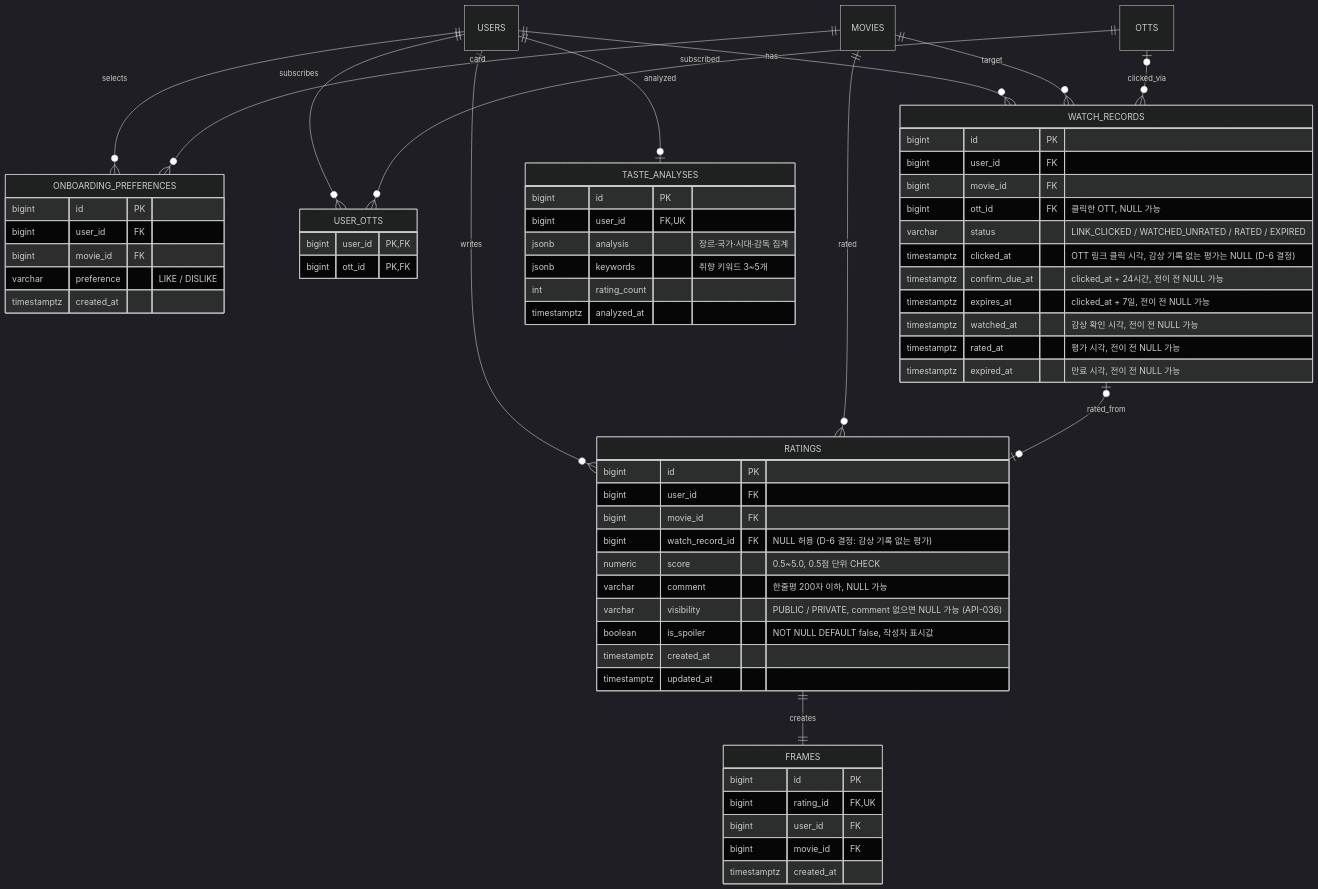
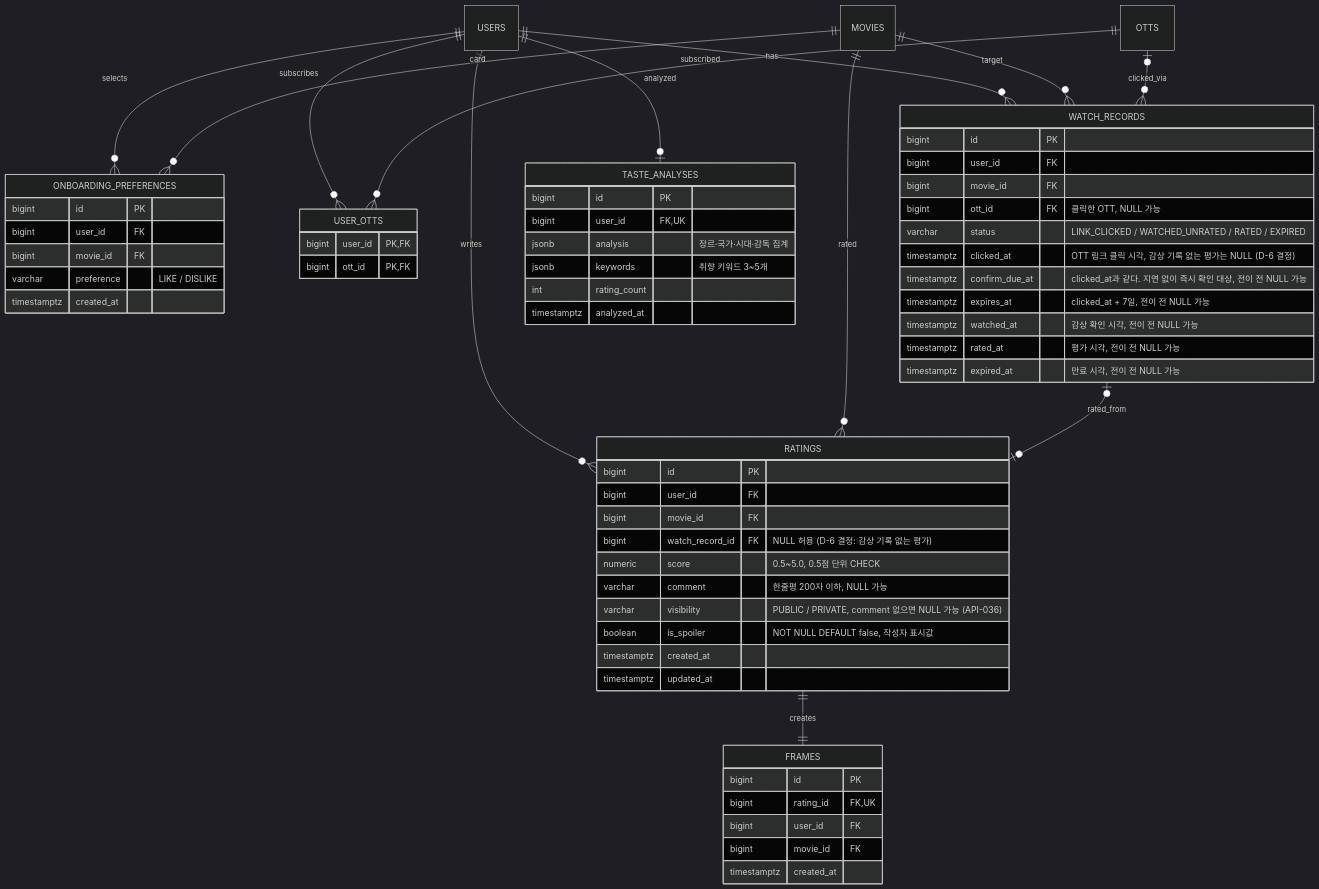
Before and after one commit to koongya-studio/feelm: the fourth of 8 diagrams in docs/erd.md, drawn with Mermaid (dark theme). The commit also changed other lines of this file and 3 other files, not shown here.

````diff
--- a/docs/erd.md
+++ b/docs/erd.md
@@ -266,67 +266,67 @@
 ```mermaid
 erDiagram
     ONBOARDING_PREFERENCES {
         bigint id PK
         bigint user_id FK
         bigint movie_id FK
         varchar preference "LIKE / DISLIKE"
         timestamptz created_at
     }
     USER_OTTS {
         bigint user_id PK, FK
         bigint ott_id PK, FK
     }
     WATCH_RECORDS {
         bigint id PK
         bigint user_id FK
         bigint movie_id FK
         bigint ott_id FK "클릭한 OTT, NULL 가능"
         varchar status "LINK_CLICKED / WATCHED_UNRATED / RATED / EXPIRED"
         timestamptz clicked_at "OTT 링크 클릭 시각, 감상 기록 없는 평가는 NULL (D-6 결정)"
-        timestamptz confirm_due_at "clicked_at + 24시간, 전이 전 NULL 가능"
+        timestamptz confirm_due_at "clicked_at과 같다. 지연 없이 즉시 확인 대상, 전이 전 NULL 가능"
         timestamptz expires_at "clicked_at + 7일, 전이 전 NULL 가능"
         timestamptz watched_at "감상 확인 시각, 전이 전 NULL 가능"
         timestamptz rated_at "평가 시각, 전이 전 NULL 가능"
         timestamptz expired_at "만료 시각, 전이 전 NULL 가능"
     }
     RATINGS {
         bigint id PK
         bigint user_id FK
         bigint movie_id FK
         bigint watch_record_id FK "NULL 허용 (D-6 결정: 감상 기록 없는 평가)"
         numeric score "0.5~5.0, 0.5점 단위 CHECK"
         varchar comment "한줄평 200자 이하, NULL 가능"
         varchar visibility "PUBLIC / PRIVATE, comment 없으면 NULL 가능 (API-036)"
         boolean is_spoiler "NOT NULL DEFAULT false, 작성자 표시값"
         timestamptz created_at
         timestamptz updated_at
     }
     FRAMES {
         bigint id PK
         bigint rating_id FK, UK
         bigint user_id FK
         bigint movie_id FK
         timestamptz created_at
     }
     TASTE_ANALYSES {
         bigint id PK
         bigint user_id FK, UK
         jsonb analysis "장르·국가·시대·감독 집계"
         jsonb keywords "취향 키워드 3~5개"
         int rating_count
         timestamptz analyzed_at
     }
 
     USERS ||--o{ ONBOARDING_PREFERENCES : selects
     MOVIES ||--o{ ONBOARDING_PREFERENCES : card
     USERS ||--o{ USER_OTTS : subscribes
     OTTS ||--o{ USER_OTTS : subscribed
     USERS ||--o{ WATCH_RECORDS : has
     MOVIES ||--o{ WATCH_RECORDS : target
     OTTS o|--o{ WATCH_RECORDS : clicked_via
     USERS ||--o{ RATINGS : writes
     MOVIES ||--o{ RATINGS : rated
     WATCH_RECORDS o|--o| RATINGS : rated_from
     RATINGS ||--|| FRAMES : creates
     USERS ||--o| TASTE_ANALYSES : analyzed
 ```
````
